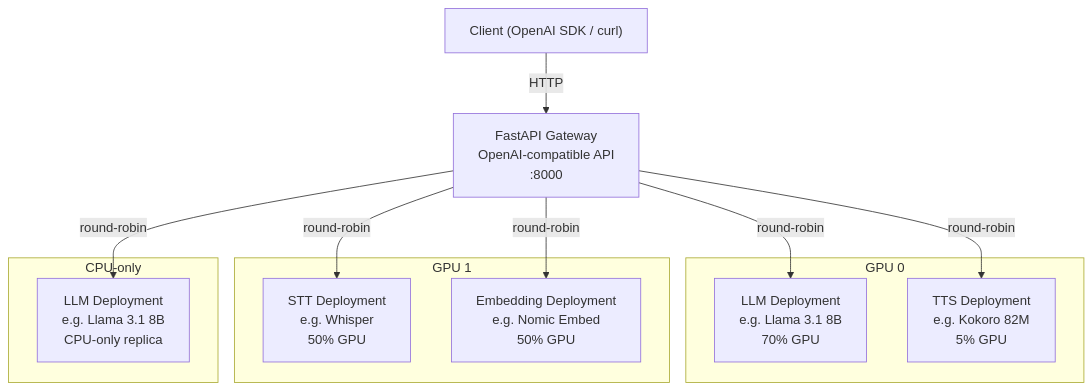
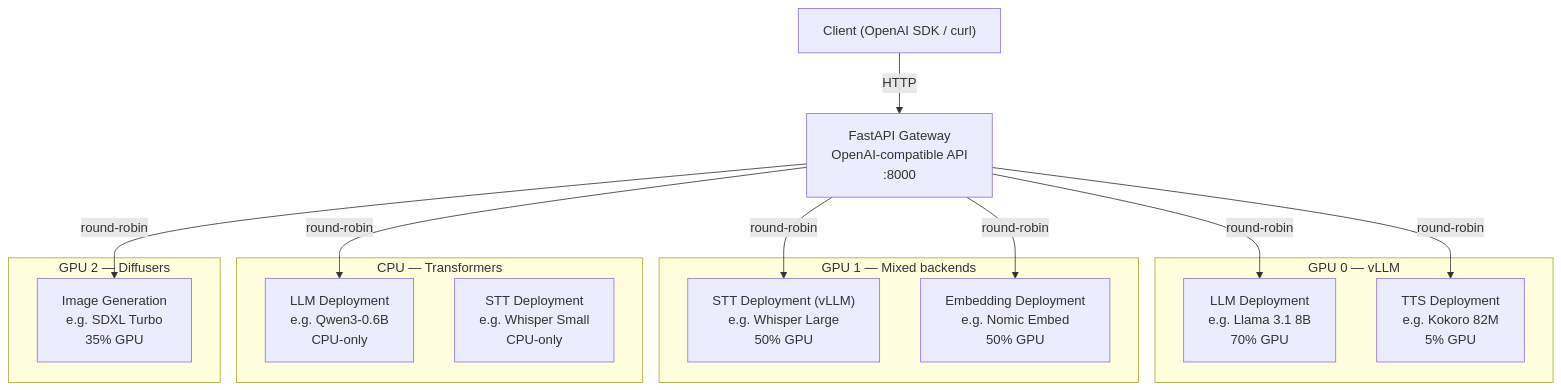
One commit to alez007/yasha changed the diagram in README.md. Above: the diagram before and after it, drawn with Mermaid. The commit also changed other lines of this file and 24 other files, not shown here.

First line of the commit message:
feat: add transformers CPU inference, TRACE logging, and fix audio resampling

````diff
--- a/README.md
+++ b/README.md
@@ -7,26 +7,32 @@
 ```mermaid
 graph TD
     Client["Client (OpenAI SDK / curl)"]
     API["FastAPI Gateway<br/>OpenAI-compatible API<br/>:8000"]
 
     Client -->|HTTP| API
     API -->|round-robin| LLM_GPU
     API -->|round-robin| LLM_CPU
     API -->|round-robin| TTS
     API -->|round-robin| STT
     API -->|round-robin| EMB
+    API -->|round-robin| IMG
 
-    subgraph GPU0["GPU 0"]
+    subgraph GPU0["GPU 0 — vLLM"]
         LLM_GPU["LLM Deployment<br/>e.g. Llama 3.1 8B<br/>70% GPU"]
         TTS["TTS Deployment<br/>e.g. Kokoro 82M<br/>5% GPU"]
     end
 
-    subgraph GPU1["GPU 1"]
-        STT["STT Deployment<br/>e.g. Whisper<br/>50% GPU"]
+    subgraph GPU1["GPU 1 — Mixed backends"]
+        STT["STT Deployment (vLLM)<br/>e.g. Whisper Large<br/>50% GPU"]
         EMB["Embedding Deployment<br/>e.g. Nomic Embed<br/>50% GPU"]
     end
 
-    subgraph CPU["CPU-only"]
-        LLM_CPU["LLM Deployment<br/>e.g. Llama 3.1 8B<br/>CPU-only replica"]
+    subgraph CPU["CPU — Transformers"]
+        LLM_CPU["LLM Deployment<br/>e.g. Qwen3-0.6B<br/>CPU-only"]
+        STT_CPU["STT Deployment<br/>e.g. Whisper Small<br/>CPU-only"]
+    end
+
+    subgraph GPU2["GPU 2 — Diffusers"]
+        IMG["Image Generation<br/>e.g. SDXL Turbo<br/>35% GPU"]
     end
 ```
````
